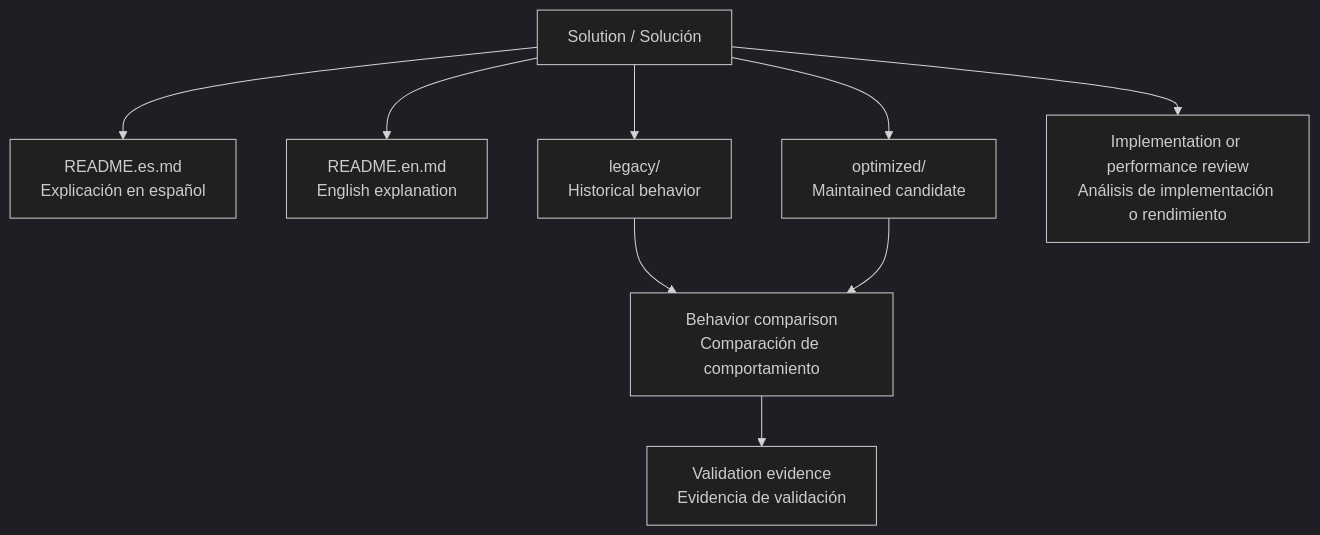
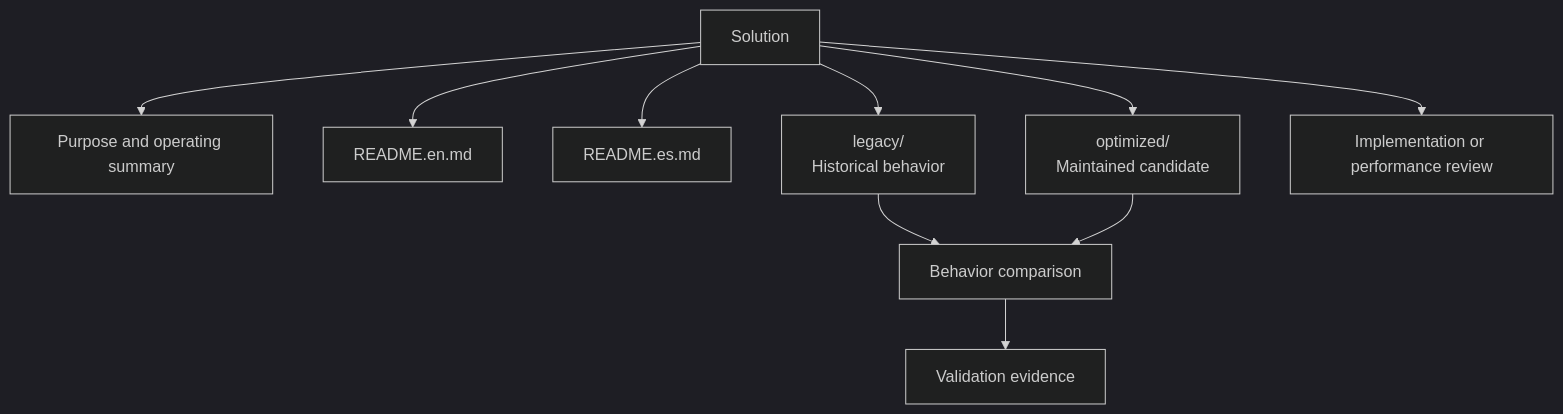
Before and after one commit to yorzethmc/etq-reliance-automation-overview: the second of 14 diagrams in README.md, drawn with Mermaid (dark theme). The commit also changed other lines of this file, not shown here.

Commit message:
Separate English and Spanish documentation

````diff
--- a/README.md
+++ b/README.md
@@ -96,11 +84,12 @@
 ```mermaid
 flowchart TD
-    Solution["Solution / Solución"] --> ES["README.es.md<br/>Explicación en español"]
-    Solution --> EN["README.en.md<br/>English explanation"]
+    Solution["Solution"] --> Summary["Purpose and operating summary"]
+    Solution --> EnglishDoc["README.en.md"]
+    Solution --> SpanishDoc["README.es.md"]
     Solution --> Legacy["legacy/<br/>Historical behavior"]
     Solution --> Optimized["optimized/<br/>Maintained candidate"]
-    Solution --> Review["Implementation or performance review<br/>Análisis de implementación o rendimiento"]
-    Legacy --> Compare["Behavior comparison<br/>Comparación de comportamiento"]
+    Solution --> Review["Implementation or performance review"]
+    Legacy --> Compare["Behavior comparison"]
     Optimized --> Compare
-    Compare --> Validation["Validation evidence<br/>Evidencia de validación"]
+    Compare --> Validation["Validation evidence"]
 ```
````
